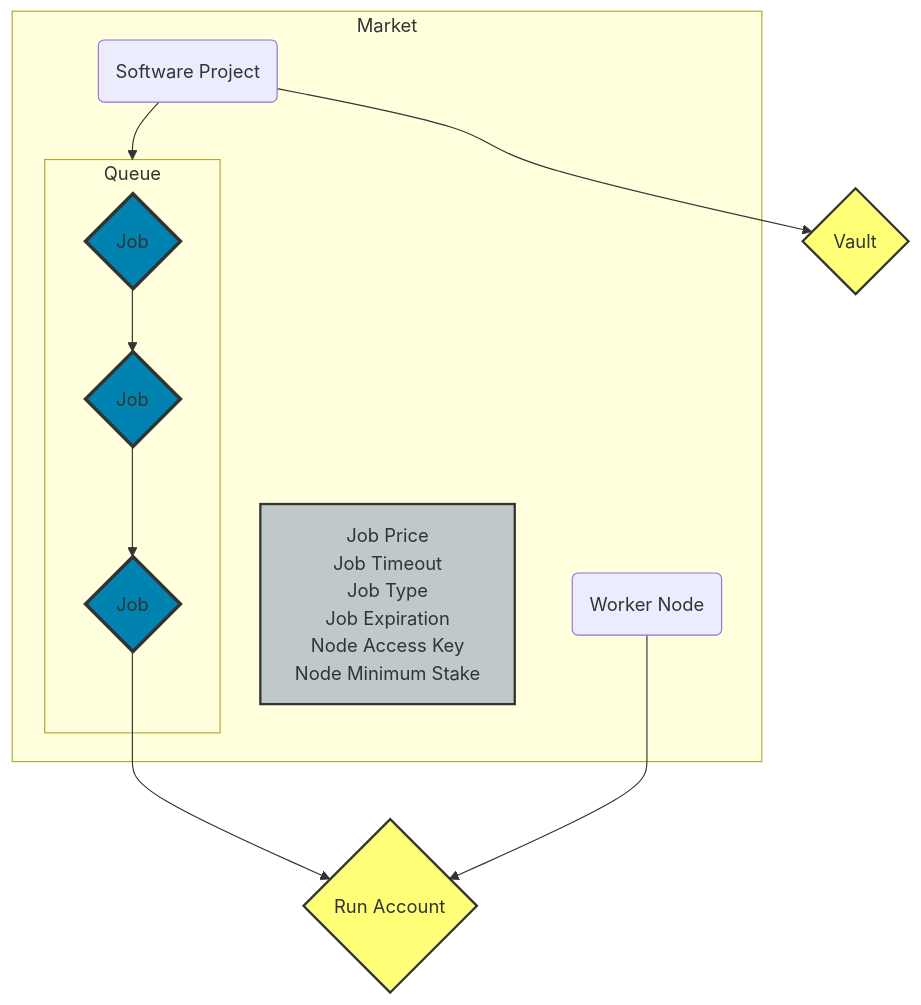
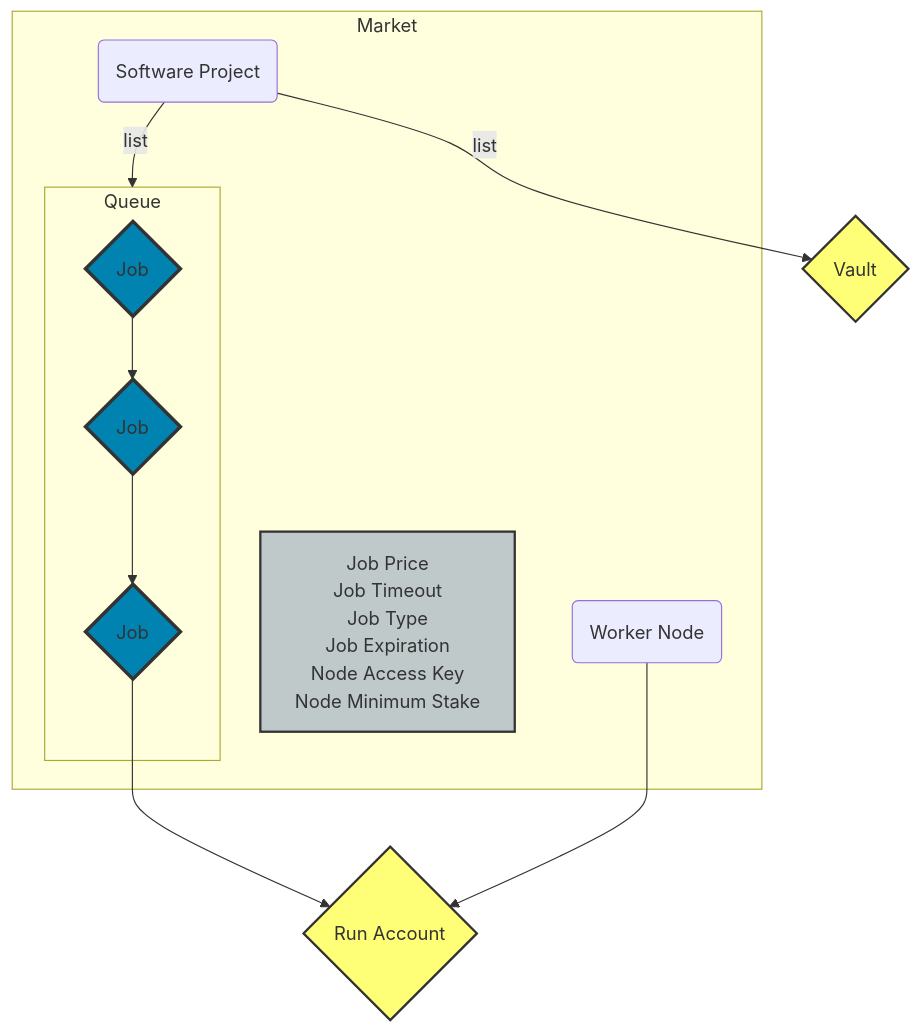
One commit to nosana-ci/docs.nosana.io changed the third of 4 diagrams in docs/programs/jobs.md. Above: the diagram before and after it, drawn with Mermaid. The commit also changed other lines of this file and 3 other files, not shown here.

Commit message:
Update diagrams

````diff
--- a/docs/programs/jobs.md
+++ b/docs/programs/jobs.md
@@ -1040,33 +1037,33 @@
 ```mermaid
 flowchart TB
     subgraph Market
         market
         node
         project
         subgraph Queue
             order1 --> order2 --> order3
         end
     end
 
     vault
-    project --> Queue
-    project --> vault
+    project -->|list| Queue
+    project -->|list| vault
     order3 --> run
     node --> run
 
     node(Worker Node)
     project(Software Project)
     order1{Job}
     order2{Job}
     order3{Job}
     vault{Vault}
     run{Run Account}
     market[Job Price<br>Job Timeout<br>Job Type<br>Job Expiration<br>Node Access Key<br>Node Minimum Stake]
 
     classDef blue fill:#0083B1,stroke:#333,stroke-width:3px;
     classDef yellow fill:#ff7,stroke:#333,stroke-width:2px;
     classDef grey fill:#BFC9CA,stroke:#333,stroke-width:2px;
     class order1,order2,order3 blue;
     class run,vault yellow;
     class market grey;
 ```
````
